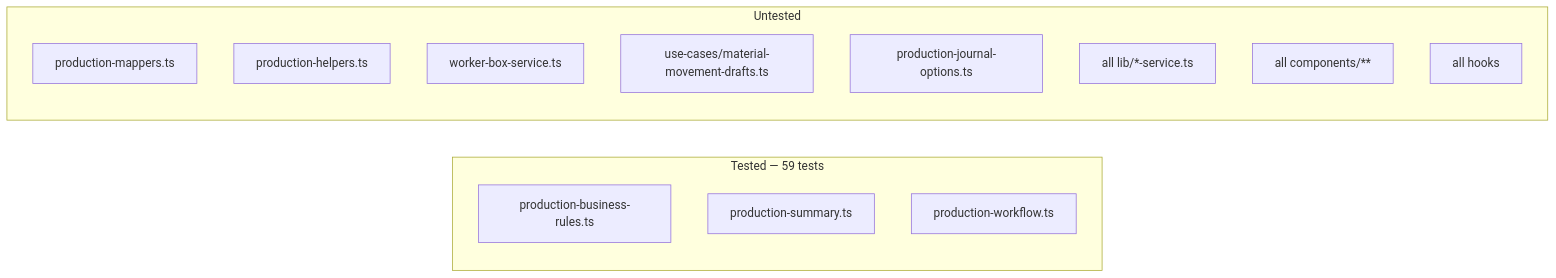
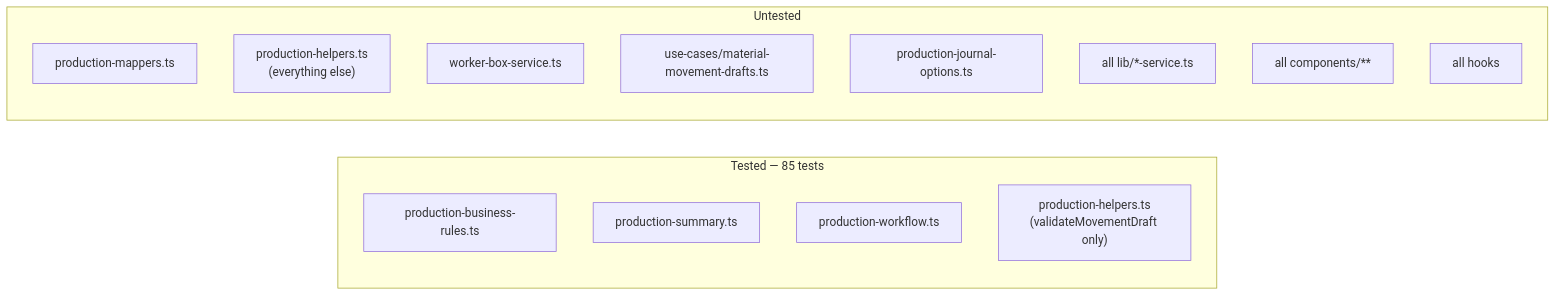
One commit to trongduy-jpg/qlkt-k2 changed the diagram in docs/10-testing.md. Above: the diagram before and after it, drawn with Mermaid. The commit also changed other lines of this file and 7 other files, not shown here.

````diff
--- a/docs/10-testing.md
+++ b/docs/10-testing.md
@@ -55,18 +55,19 @@
 ```mermaid
 flowchart LR
-    subgraph T["Tested — 59 tests"]
+    subgraph T["Tested — 85 tests"]
         A["production-business-rules.ts"]
         B["production-summary.ts"]
         C["production-workflow.ts"]
+        E2["production-helpers.ts<br/>(validateMovementDraft only)"]
     end
     subgraph U["Untested"]
         D["production-mappers.ts"]
-        E["production-helpers.ts"]
+        E["production-helpers.ts<br/>(everything else)"]
         F["worker-box-service.ts"]
         G["use-cases/material-movement-drafts.ts"]
         H["production-journal-options.ts"]
         I["all lib/*-service.ts"]
         J["all components/**"]
         K["all hooks"]
     end
 ```
````
